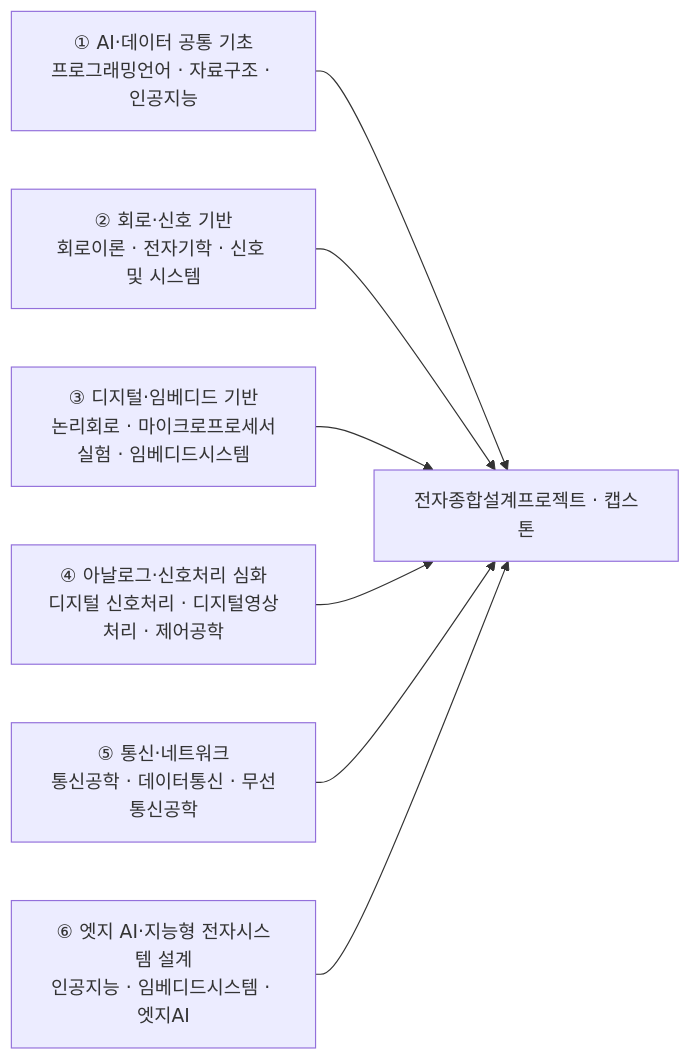
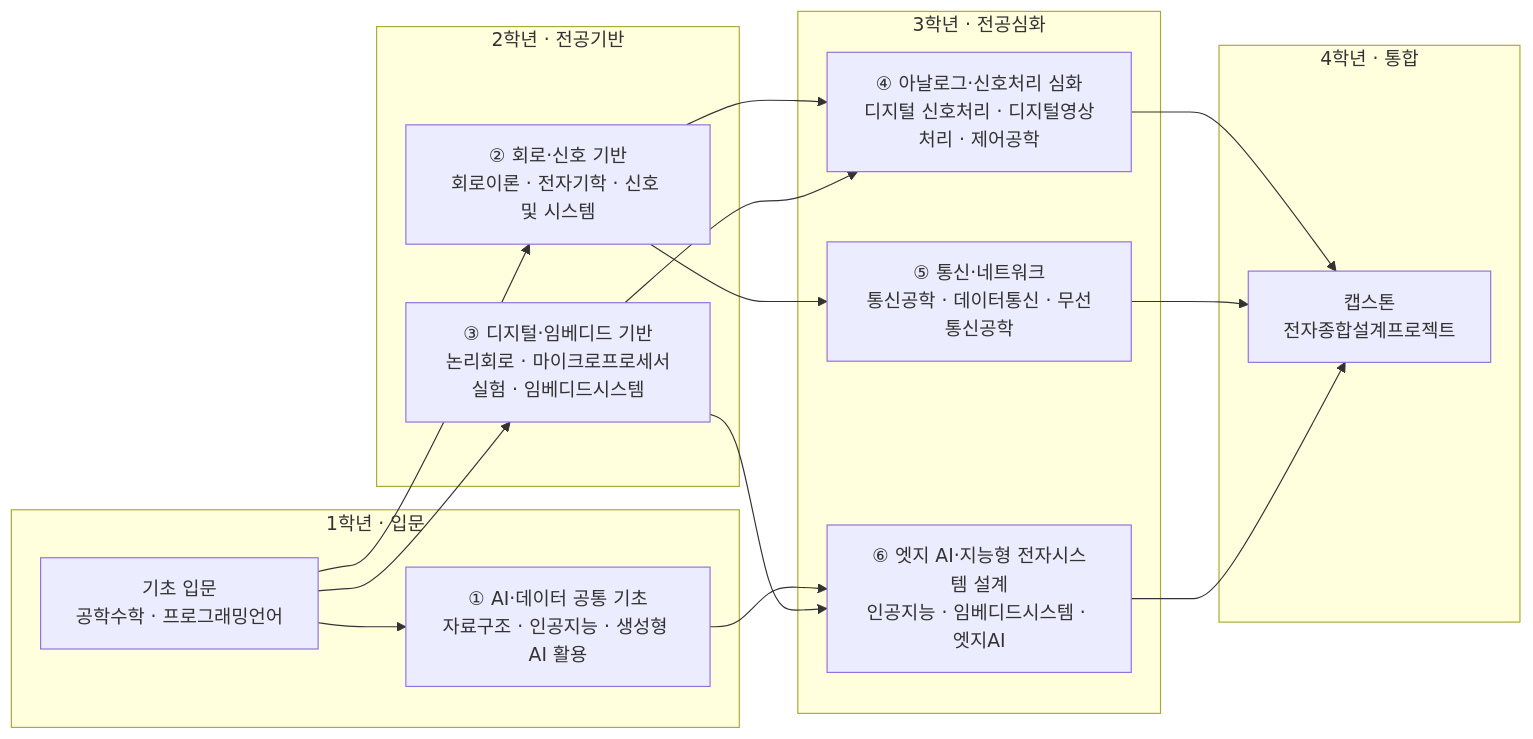
Before and after one commit to parclab-hsu/ai-curriculum-2026: the diagram in docs/it/electronics.md, drawn with Mermaid. The commit also changed other lines of this file and 22 other files, not shown here.

First line of the commit message:
모듈 다이어그램 강화 — 1~4학년 로드맵 + 모듈-역량 매핑 (23개 트랙)

````diff
--- a/docs/it/electronics.md
+++ b/docs/it/electronics.md
@@ -122,10 +122,30 @@
 ```mermaid
 flowchart LR
-  M1["① AI·데이터 공통 기초<br/>프로그래밍언어 · 자료구조 · 인공지능"] --> CAP
-  M2["② 회로·신호 기반<br/>회로이론 · 전자기학 · 신호 및 시스템"] --> CAP
-  M3["③ 디지털·임베디드 기반<br/>논리회로 · 마이크로프로세서실험 · 임베디드시스템"] --> CAP
-  M4["④ 아날로그·신호처리 심화<br/>디지털 신호처리 · 디지털영상처리 · 제어공학"] --> CAP
-  M5["⑤ 통신·네트워크<br/>통신공학 · 데이터통신 · 무선통신공학"] --> CAP
-  M6["⑥ 엣지 AI·지능형 전자시스템 설계<br/>인공지능 · 임베디드시스템 · 엣지AI"] --> CAP
-  CAP["전자종합설계프로젝트 · 캡스톤"]
+  subgraph Y1["1학년 · 입문"]
+    A0["기초 입문<br/>공학수학 · 프로그래밍언어"]
+    M1["① AI·데이터 공통 기초<br/>자료구조 · 인공지능 · 생성형 AI 활용"]
+  end
+  subgraph Y2["2학년 · 전공기반"]
+    M2["② 회로·신호 기반<br/>회로이론 · 전자기학 · 신호 및 시스템"]
+    M3["③ 디지털·임베디드 기반<br/>논리회로 · 마이크로프로세서실험 · 임베디드시스템"]
+  end
+  subgraph Y3["3학년 · 전공심화"]
+    M4["④ 아날로그·신호처리 심화<br/>디지털 신호처리 · 디지털영상처리 · 제어공학"]
+    M5["⑤ 통신·네트워크<br/>통신공학 · 데이터통신 · 무선통신공학"]
+    M6["⑥ 엣지 AI·지능형 전자시스템 설계<br/>인공지능 · 임베디드시스템 · 엣지AI"]
+  end
+  subgraph Y4["4학년 · 통합"]
+    CAP["캡스톤<br/>전자종합설계프로젝트"]
+  end
+  A0 --> M1
+  A0 --> M2
+  A0 --> M3
+  M1 --> M6
+  M2 --> M4
+  M3 --> M4
+  M2 --> M5
+  M3 --> M6
+  M4 --> CAP
+  M5 --> CAP
+  M6 --> CAP
 ```
````
